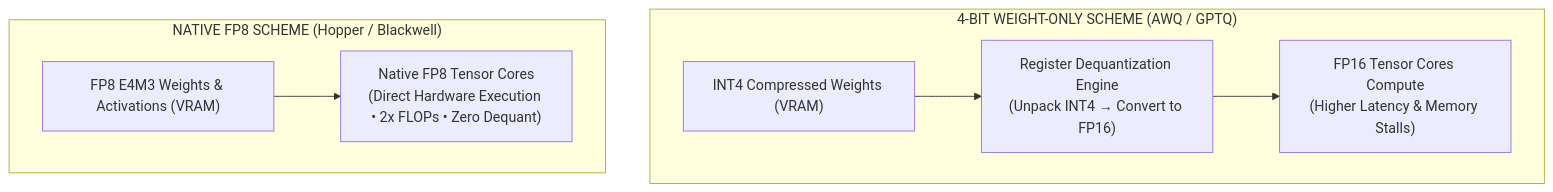
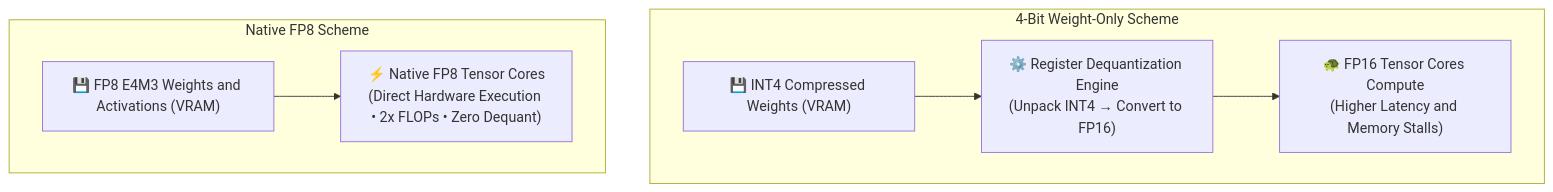
The diagram in architecture/adrs/ADR-006-native-fp8-precision-vs-4bit-weight-quantization.md (dip4k/senior-engineer-to-ai-engineer-roadmap), drawn with Mermaid before and after one commit. The commit also changed 94 other files, not shown here.

Commit message:
refactor(curriculum): complete Phase 04 upgrade and enforce diagram renderer invariants

````diff
--- a/architecture/adrs/ADR-006-native-fp8-precision-vs-4bit-weight-quantization.md
+++ b/architecture/adrs/ADR-006-native-fp8-precision-vs-4bit-weight-quantization.md
@@ -31,11 +31,11 @@
 ```mermaid
 flowchart TD
-    subgraph INT4["4-BIT WEIGHT-ONLY SCHEME (AWQ / GPTQ)"]
-        W4["INT4 Compressed Weights (VRAM)"] --> Dequant["Register Dequantization Engine<br>(Unpack INT4 → Convert to FP16)"]
-        Dequant --> Compute16["FP16 Tensor Cores Compute<br>(Higher Latency & Memory Stalls)"]
+    subgraph INT4["4-Bit Weight-Only Scheme"]
+        W4["💾 INT4 Compressed Weights (VRAM)"] --> Dequant["⚙️ Register Dequantization Engine<br>(Unpack INT4 → Convert to FP16)"]
+        Dequant --> Compute16["🐢 FP16 Tensor Cores Compute<br>(Higher Latency and Memory Stalls)"]
     end
 
-    subgraph NativeFP8["NATIVE FP8 SCHEME (Hopper / Blackwell)"]
-        W8["FP8 E4M3 Weights & Activations (VRAM)"] --> GEMM["Native FP8 Tensor Cores<br>(Direct Hardware Execution • 2x FLOPs • Zero Dequant)"]
+    subgraph NativeFP8["Native FP8 Scheme"]
+        W8["💾 FP8 E4M3 Weights and Activations (VRAM)"] --> GEMM["⚡ Native FP8 Tensor Cores<br>(Direct Hardware Execution • 2x FLOPs • Zero Dequant)"]
     end
 ```
````
